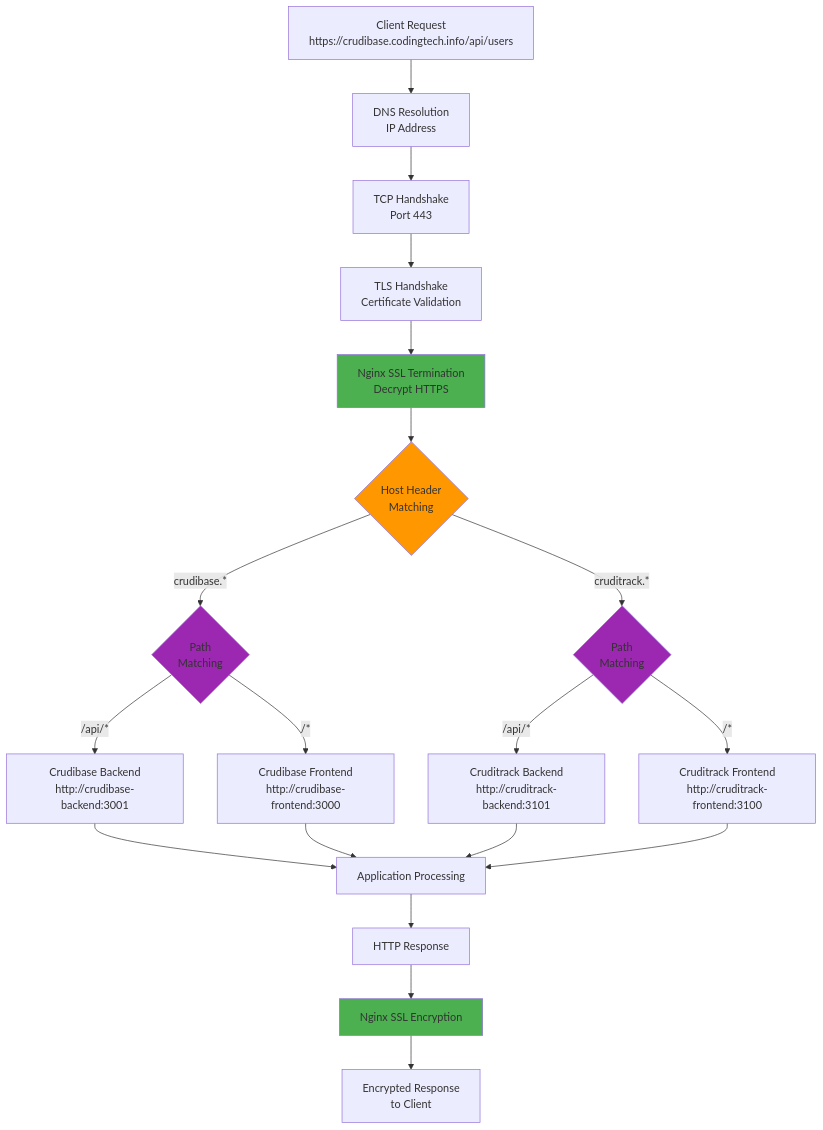
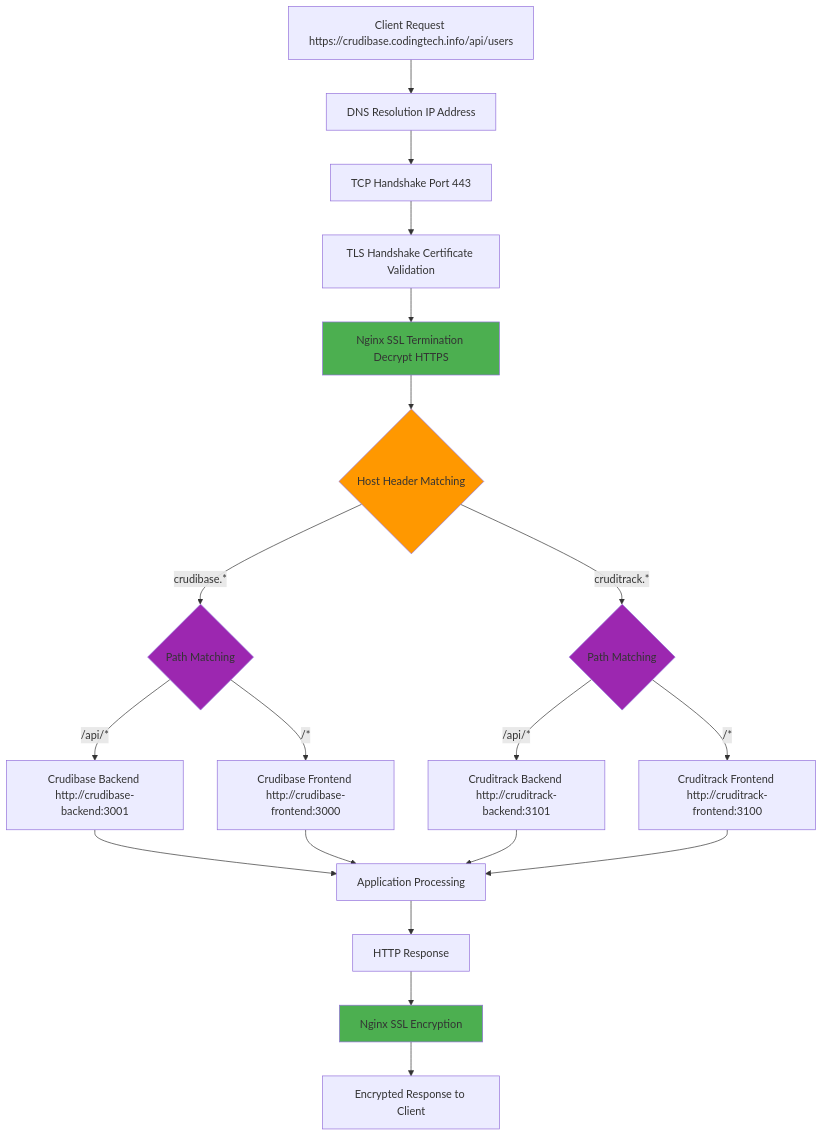
Before and after one commit to softwarewrighter/ssl-proxy-for-do: the sixth of 10 diagrams in wiki/Architecture.md, drawn with Mermaid. The commit also changed other lines of this file and 7 other files, not shown here.

First line of the commit message:
Fix wiki Mermaid diagrams: remove remaining <br/> tags

````diff
--- a/wiki/Architecture.md
+++ b/wiki/Architecture.md
@@ -243,36 +243,36 @@
 ```mermaid
 graph TB
-    Client[Client Request<br/>https://crudibase.codingtech.info/api/users]
+    Client[Client Request https://crudibase.codingtech.info/api/users]
 
-    Client --> DNS[DNS Resolution<br/>IP Address]
-    DNS --> TCP[TCP Handshake<br/>Port 443]
-    TCP --> TLS[TLS Handshake<br/>Certificate Validation]
+    Client --> DNS[DNS Resolution IP Address]
+    DNS --> TCP[TCP Handshake Port 443]
+    TCP --> TLS[TLS Handshake Certificate Validation]
 
-    TLS --> NginxSSL[Nginx SSL Termination<br/>Decrypt HTTPS]
+    TLS --> NginxSSL[Nginx SSL Termination Decrypt HTTPS]
 
-    NginxSSL --> HostMatch{Host Header<br/>Matching}
+    NginxSSL --> HostMatch{Host Header Matching}
 
-    HostMatch -->|crudibase.*| PathMatch1{Path<br/>Matching}
-    HostMatch -->|cruditrack.*| PathMatch2{Path<br/>Matching}
+    HostMatch -->|crudibase.*| PathMatch1{Path Matching}
+    HostMatch -->|cruditrack.*| PathMatch2{Path Matching}
 
-    PathMatch1 -->|/api/*| CB_Backend[Crudibase Backend<br/>http://crudibase-backend:3001]
-    PathMatch1 -->|/*| CB_Frontend[Crudibase Frontend<br/>http://crudibase-frontend:3000]
+    PathMatch1 -->|/api/*| CB_Backend[Crudibase Backend http://crudibase-backend:3001]
+    PathMatch1 -->|/*| CB_Frontend[Crudibase Frontend http://crudibase-frontend:3000]
 
-    PathMatch2 -->|/api/*| CT_Backend[Cruditrack Backend<br/>http://cruditrack-backend:3101]
-    PathMatch2 -->|/*| CT_Frontend[Cruditrack Frontend<br/>http://cruditrack-frontend:3100]
+    PathMatch2 -->|/api/*| CT_Backend[Cruditrack Backend http://cruditrack-backend:3101]
+    PathMatch2 -->|/*| CT_Frontend[Cruditrack Frontend http://cruditrack-frontend:3100]
 
     CB_Backend --> AppProcess[Application Processing]
     CB_Frontend --> AppProcess
     CT_Backend --> AppProcess
     CT_Frontend --> AppProcess
 
     AppProcess --> Response[HTTP Response]
     Response --> NginxEncrypt[Nginx SSL Encryption]
-    NginxEncrypt --> ClientResponse[Encrypted Response<br/>to Client]
+    NginxEncrypt --> ClientResponse[Encrypted Response to Client]
 
     style NginxSSL fill:#4CAF50
     style NginxEncrypt fill:#4CAF50
     style HostMatch fill:#FF9800
     style PathMatch1 fill:#9C27B0
     style PathMatch2 fill:#9C27B0
 ```
````
